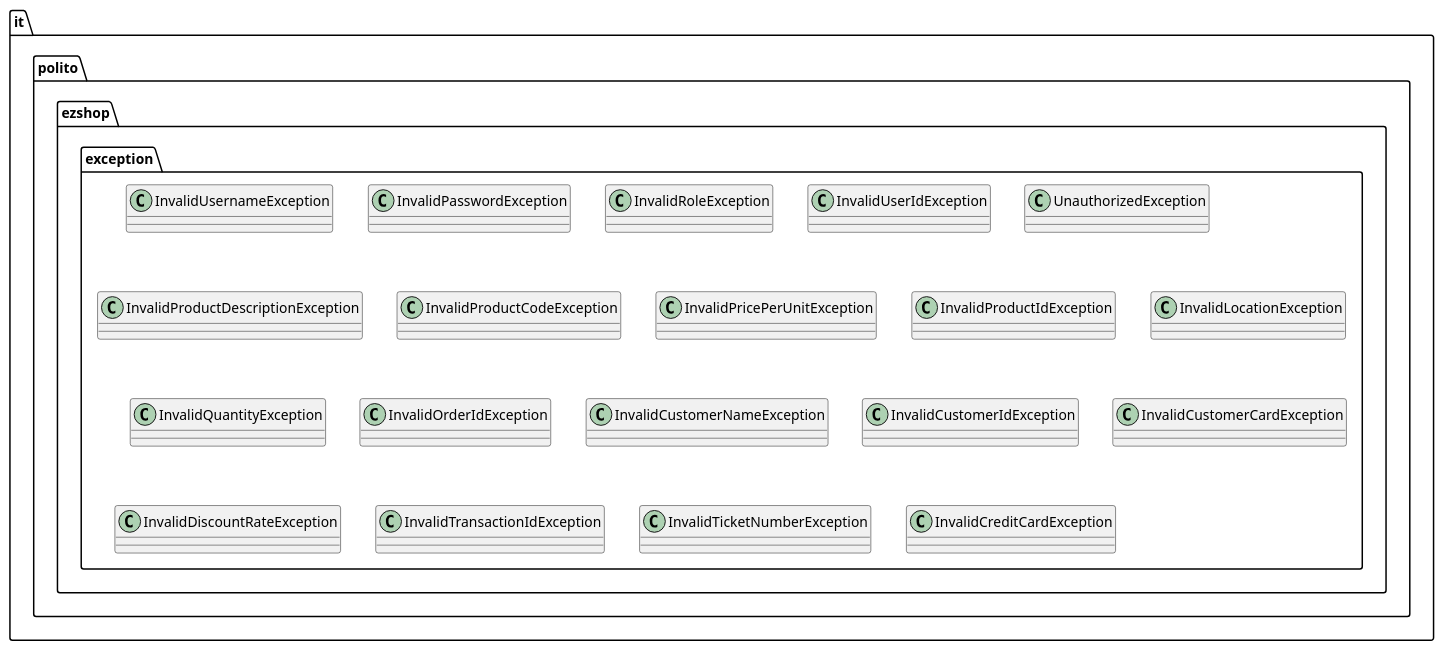
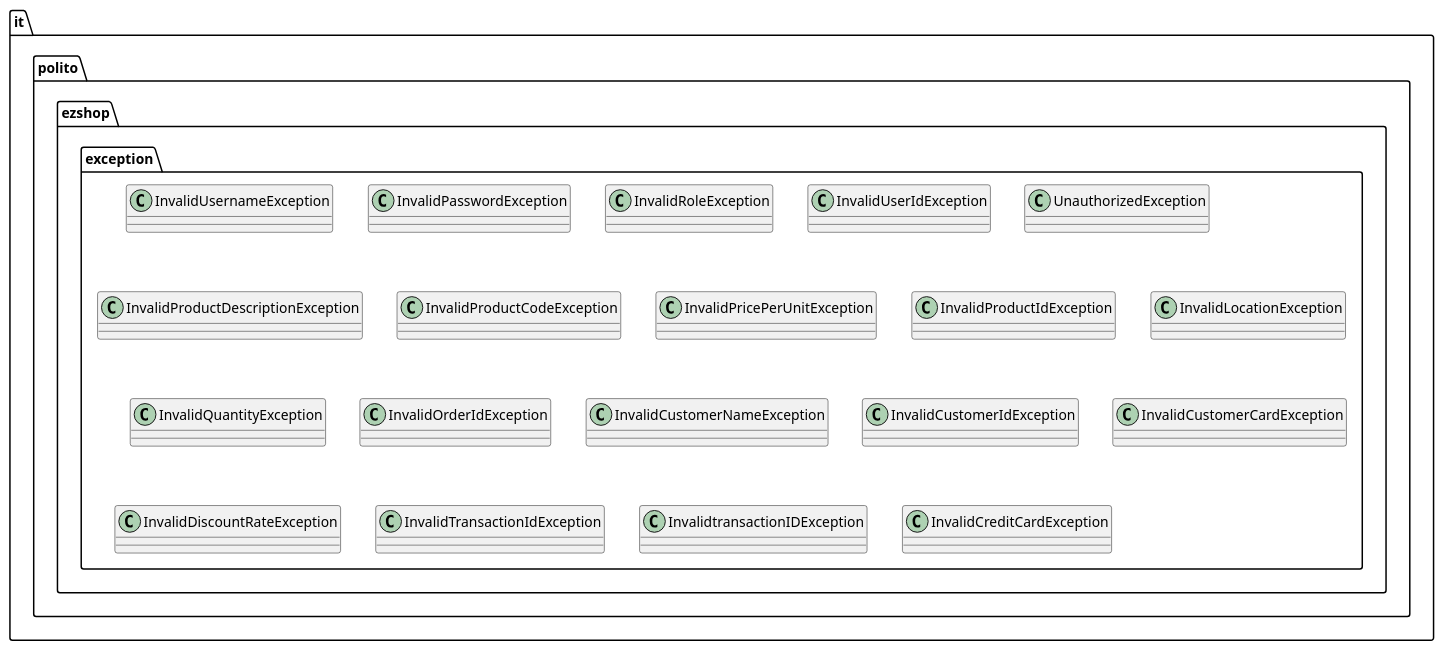
One commit to MatteoBattilana/EzShop changed the third of 4 diagrams in Deliverables/DesignDocument.md. Above: the diagram before and after it, drawn with PlantUML. The commit also changed other lines of this file, not shown here.

````diff
--- a/Deliverables/DesignDocument.md
+++ b/Deliverables/DesignDocument.md
@@ -285,30 +286,30 @@
 ```plantuml
 package it.polito.ezshop.exception {
 class InvalidUsernameException
 class InvalidPasswordException
 class InvalidRoleException
 
 class InvalidUserIdException
 class UnauthorizedException
 
 class InvalidProductDescriptionException
 class InvalidProductCodeException
 class InvalidPricePerUnitException
 class InvalidProductIdException
 class InvalidLocationException
 class InvalidQuantityException
 
 class InvalidOrderIdException
 class InvalidCustomerNameException
 class InvalidCustomerIdException
 class InvalidCustomerCardException
 
 class InvalidDiscountRateException
 class InvalidTransactionIdException
-class InvalidTicketNumberException
+class InvalidtransactionIDException
 
 class InvalidCreditCardException
 }
 
 
 ```
````
